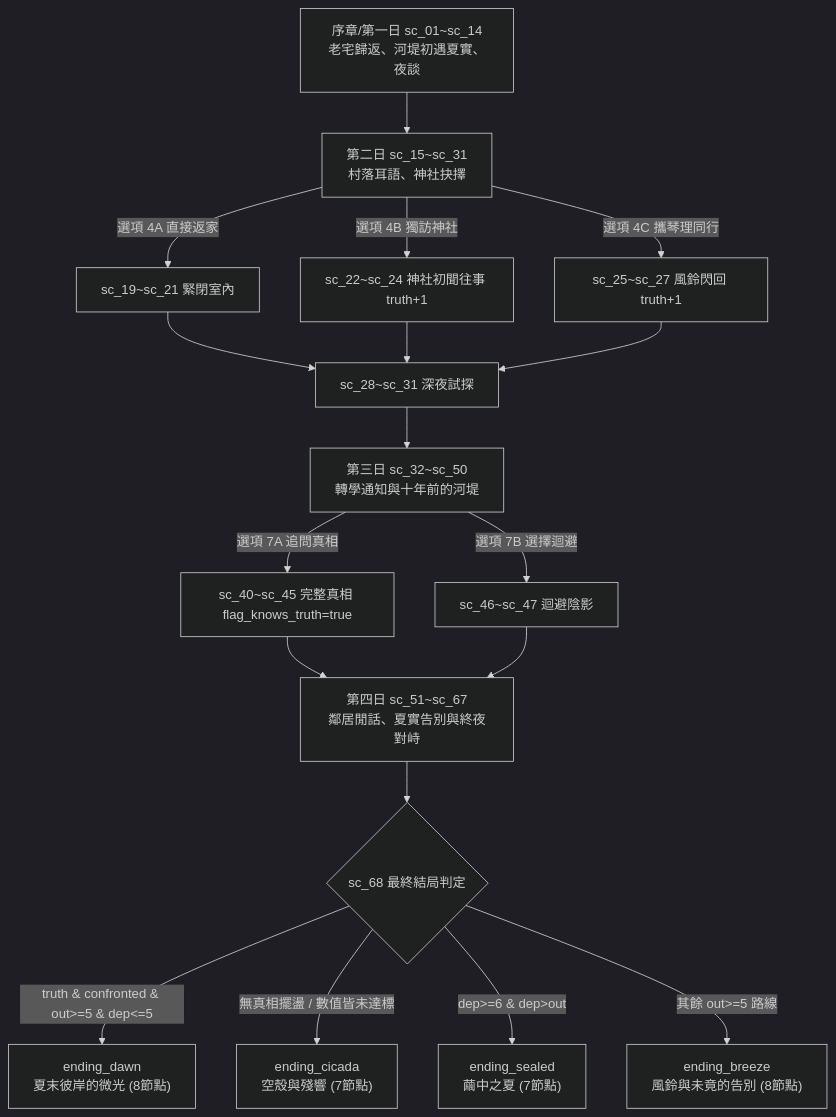
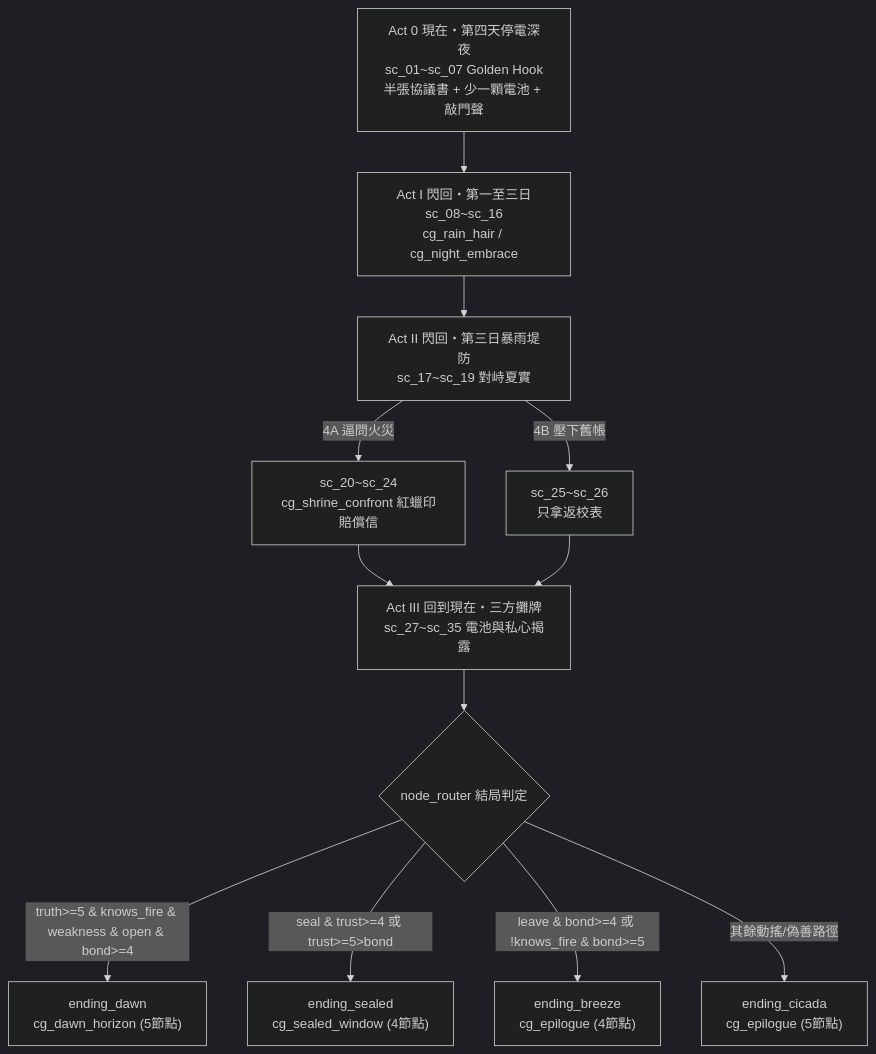
Before and after one commit to yowyow132/beyond-the-summer-cicadas: the diagram in SCRIPT_SPEC.md, drawn with Mermaid (dark theme). The commit also changed other lines of this file and 12 other files, not shown here.

````diff
--- a/SCRIPT_SPEC.md
+++ b/SCRIPT_SPEC.md
@@ -86,17 +126,13 @@
 ```mermaid
 flowchart TD
-    D1["序章/第一日 sc_01~sc_14<br/>老宅歸返、河堤初遇夏實、夜談"] --> D2["第二日 sc_15~sc_31<br/>村落耳語、神社抉擇"]
-    D2 -->|選項 4A 直接返家| D2A["sc_19~sc_21 緊閉室內"]
-    D2 -->|選項 4B 獨訪神社| D2B["sc_22~sc_24 神社初聞往事 truth+1"]
-    D2 -->|選項 4C 攜琴理同行| D2C["sc_25~sc_27 風鈴閃回 truth+1"]
-    D2A & D2B & D2C --> D2N["sc_28~sc_31 深夜試探"]
-    D2N --> D3["第三日 sc_32~sc_50<br/>轉學通知與十年前的河堤"]
-    D3 -->|選項 7A 追問真相| D3T["sc_40~sc_45 完整真相 flag_knows_truth=true"]
-    D3 -->|選項 7B 選擇迴避| D3F["sc_46~sc_47 迴避陰影"]
-    D3T & D3F --> D4["第四日 sc_51~sc_67<br/>鄰居閒話、夏實告別與終夜對峙"]
-    D4 --> R{"sc_68 最終結局判定"}
-    R -->|"truth & confronted & out>=5 & dep<=5"| EC["ending_dawn<br/>夏末彼岸的微光 (8節點)"]
-    R -->|"無真相擺盪 / 數值皆未達標"| ED["ending_cicada<br/>空殼與殘響 (7節點)"]
-    R -->|"dep>=6 & dep>out"| EA["ending_sealed<br/>繭中之夏 (7節點)"]
-    R -->|"其餘 out>=5 路線"| EB["ending_breeze<br/>風鈴與未竟的告別 (8節點)"]
+    G["Act 0 現在・第四天停電深夜<br/>sc_01~sc_07 Golden Hook<br/>半張協議書 + 少一顆電池 + 敲門聲"] --> F1["Act I 閃回・第一至三日<br/>sc_08~sc_16<br/>cg_rain_hair / cg_night_embrace"]
+    F1 --> F2["Act II 閃回・第三日暴雨堤防<br/>sc_17~sc_19 對峙夏實"]
+    F2 -->|"4A 逼問火災"| CG3["sc_20~sc_24<br/>cg_shrine_confront 紅蠟印賠償信"]
+    F2 -->|"4B 壓下舊帳"| SH["sc_25~sc_26<br/>只拿返校表"]
+    CG3 & SH --> P["Act III 回到現在・三方攤牌<br/>sc_27~sc_35 電池與私心揭露"]
+    P --> R{"node_router 結局判定"}
+    R -->|"truth>=5 & knows_fire & weakness & open & bond>=4"| ED1["ending_dawn<br/>cg_dawn_horizon (5節點)"]
+    R -->|"seal & trust>=4 或 trust>=5>bond"| ED2["ending_sealed<br/>cg_sealed_window (4節點)"]
+    R -->|"leave & bond>=4 或 !knows_fire & bond>=5"| ED3["ending_breeze<br/>cg_epilogue (4節點)"]
+    R -->|"其餘動搖/偽善路徑"| ED4["ending_cicada<br/>cg_epilogue (5節點)"]
 ```
````
